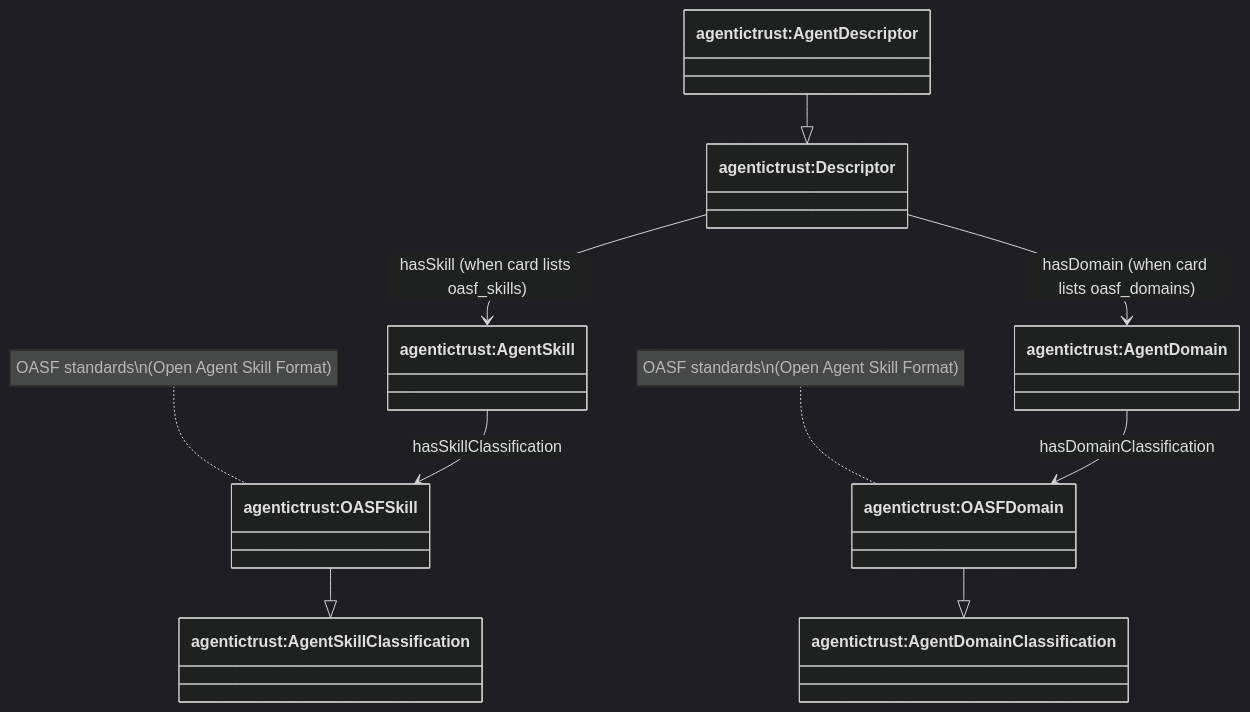
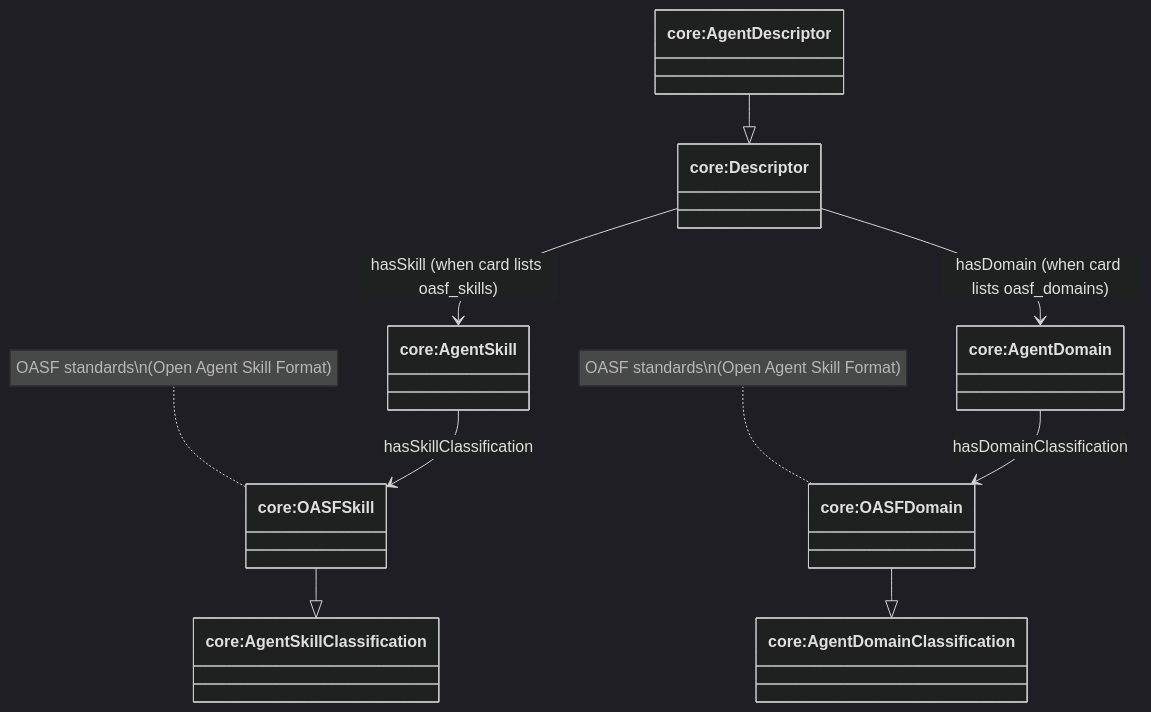
The second of 2 diagrams in docs/ontology/skills-domains.md (Agentic-Trust-Layer/agent-explorer), drawn with Mermaid (dark theme) before and after one commit. The commit also changed other lines of this file and 49 other files, not shown here.

````diff
--- a/docs/ontology/skills-domains.md
+++ b/docs/ontology/skills-domains.md
@@ -88,25 +88,25 @@
 ```mermaid
 classDiagram
 direction TB
 
-class OASFSkill["agentictrust:OASFSkill"]
-class OASFDomain["agentictrust:OASFDomain"]
-class Descriptor["agentictrust:Descriptor"]
-class AgentDescriptor["agentictrust:AgentDescriptor"]
-class AgentSkill["agentictrust:AgentSkill"]
-class AgentSkillClassification["agentictrust:AgentSkillClassification"]
-class AgentDomain["agentictrust:AgentDomain"]
-class AgentDomainClassification["agentictrust:AgentDomainClassification"]
+class OASFSkill["core:OASFSkill"]
+class OASFDomain["core:OASFDomain"]
+class Descriptor["core:Descriptor"]
+class AgentDescriptor["core:AgentDescriptor"]
+class AgentSkill["core:AgentSkill"]
+class AgentSkillClassification["core:AgentSkillClassification"]
+class AgentDomain["core:AgentDomain"]
+class AgentDomainClassification["core:AgentDomainClassification"]
 
 AgentDescriptor --|> Descriptor
 Descriptor --> AgentSkill : hasSkill (when card lists oasf_skills)
 AgentSkill --> OASFSkill : hasSkillClassification
 Descriptor --> AgentDomain : hasDomain (when card lists oasf_domains)
 AgentDomain --> OASFDomain : hasDomainClassification
 
 OASFSkill --|> AgentSkillClassification
 OASFDomain --|> AgentDomainClassification
 
 note for OASFSkill "OASF standards\n(Open Agent Skill Format)"
 note for OASFDomain "OASF standards\n(Open Agent Skill Format)"
 ```
````
